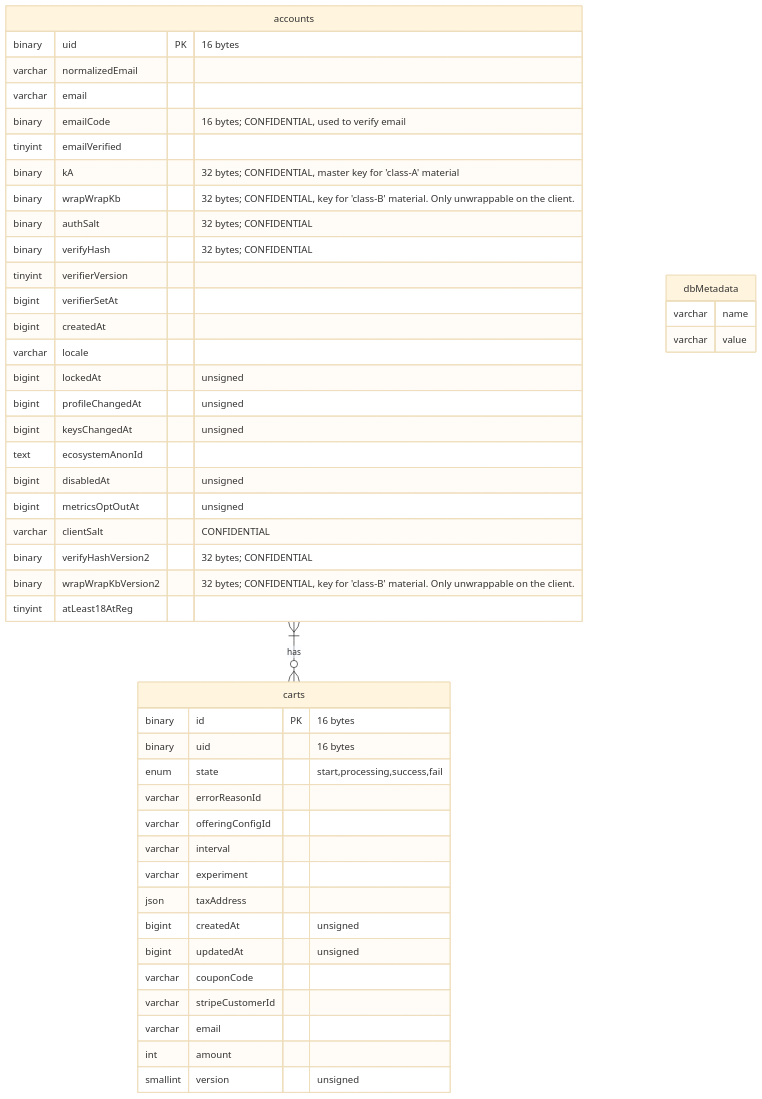
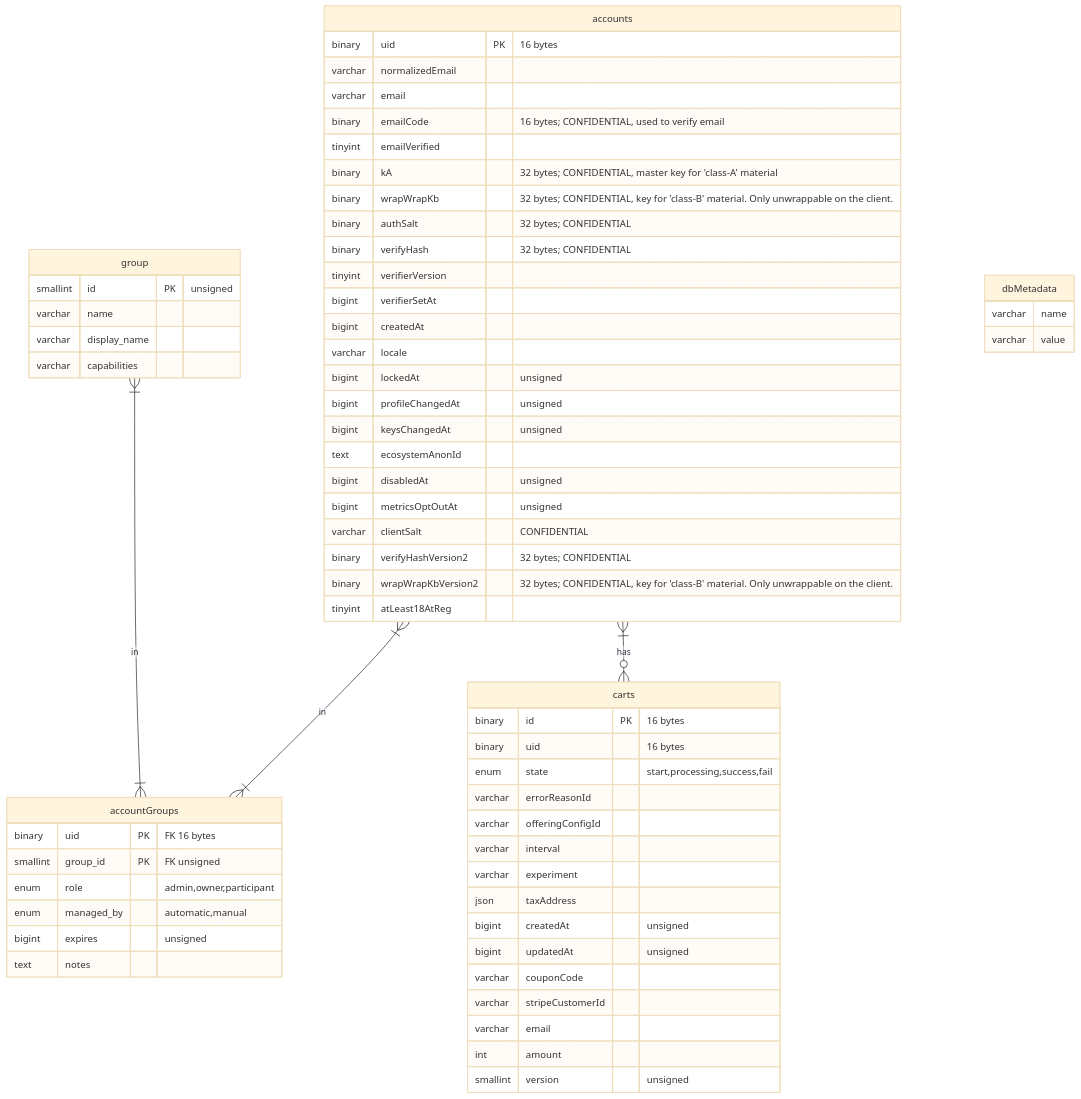
One commit to mozilla/ecosystem-platform changed the second of 18 diagrams in docs/reference/database-structure.md. Above: the diagram before and after it, drawn with Mermaid (base theme).

Commit message:
add new tables

````diff
--- a/docs/reference/database-structure.md
+++ b/docs/reference/database-structure.md
@@ -41,50 +41,66 @@
 ```mermaid
 erDiagram
     accounts {
         binary uid PK "16 bytes"
         varchar normalizedEmail
         varchar email
         binary emailCode "16 bytes; CONFIDENTIAL, used to verify email"
         tinyint emailVerified
         binary kA "32 bytes; CONFIDENTIAL, master key for 'class-A' material"
         binary wrapWrapKb "32 bytes; CONFIDENTIAL, key for 'class-B' material. Only unwrappable on the client."
         binary authSalt "32 bytes; CONFIDENTIAL"
         binary verifyHash "32 bytes; CONFIDENTIAL"
         tinyint verifierVersion
         bigint verifierSetAt
         bigint createdAt
         varchar locale
         bigint lockedAt "unsigned"
         bigint profileChangedAt "unsigned"
         bigint keysChangedAt "unsigned"
         text ecosystemAnonId
         bigint disabledAt "unsigned"
         bigint metricsOptOutAt "unsigned"
         varchar clientSalt "CONFIDENTIAL"
         binary verifyHashVersion2 "32 bytes; CONFIDENTIAL"
         binary wrapWrapKbVersion2 "32 bytes; CONFIDENTIAL, key for 'class-B' material. Only unwrappable on the client."
         tinyint atLeast18AtReg
     }
+    accounts }|--|{ accountGroups: in
+    group }|--|{ accountGroups: in
+    accountGroups {
+        binary uid PK "FK 16 bytes"
+        smallint group_id PK "FK unsigned"
+        enum role "admin,owner,participant"
+        enum managed_by "automatic,manual"
+        bigint expires "unsigned"
+        text notes
+    }
     accounts }|--o{ carts: has
     carts {
         binary id PK "16 bytes"
         binary uid "16 bytes"
         enum state "start,processing,success,fail"
         varchar errorReasonId
         varchar offeringConfigId
         varchar interval
         varchar experiment
         json taxAddress
         bigint createdAt "unsigned"
         bigint updatedAt "unsigned"
         varchar couponCode
         varchar stripeCustomerId
         varchar email
         int amount
         smallint version "unsigned"
     }
     dbMetadata {
         varchar name
         varchar value
     }
+    group {
+        smallint id PK "unsigned"
+        varchar name
+        varchar display_name
+        varchar capabilities
+    }
 ```
````
